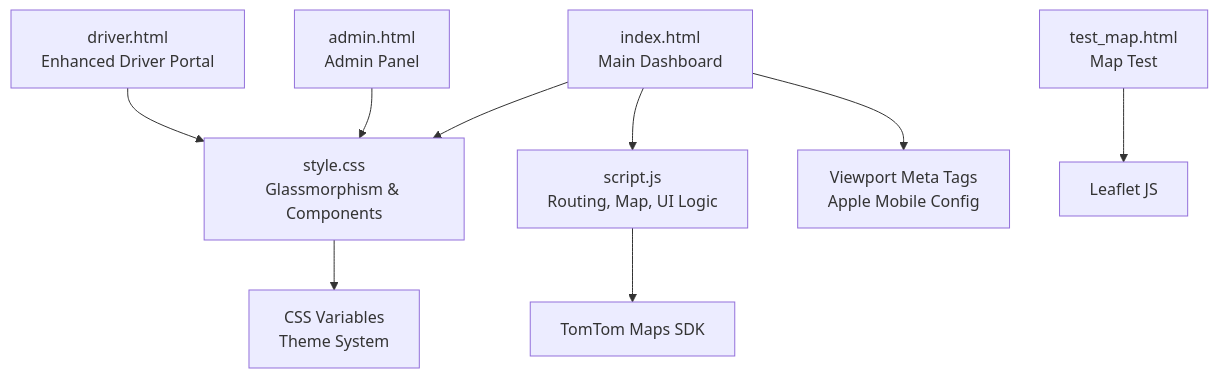
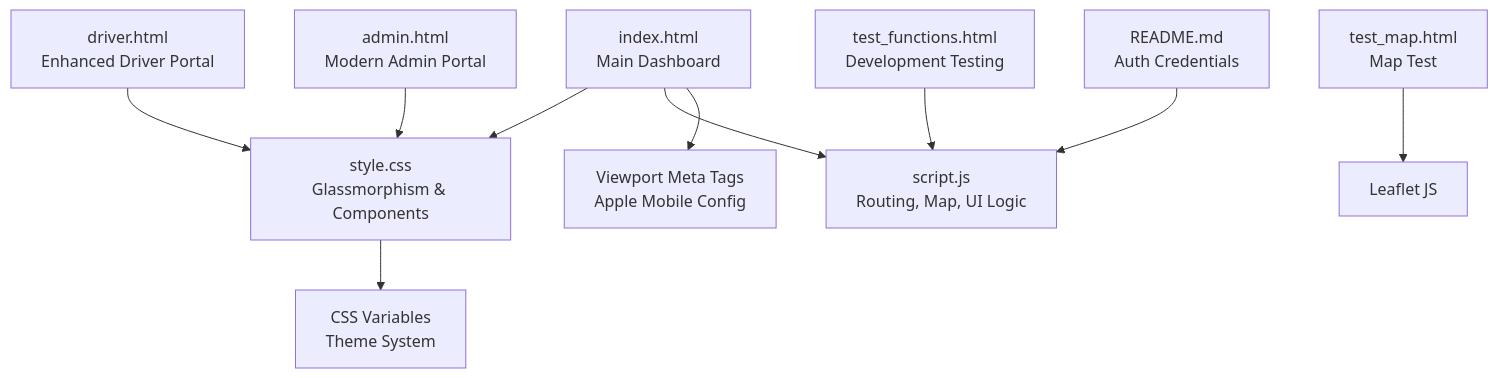
One commit to Rehanpatel3858/BusTrack-Pro changed the first of 7 diagrams in .qoder/repowiki/en/content/User Interface and Design System.md. Above: the diagram before and after it, drawn with Mermaid. The commit also changed other lines of this file and 3 other files, not shown here.

````diff
--- a/.qoder/repowiki/en/content/User Interface and Design System.md
+++ b/.qoder/repowiki/en/content/User Interface and Design System.md
@@ -46,11 +51,12 @@
 ```mermaid
 graph TB
 A["index.html<br/>Main Dashboard"] --> B["style.css<br/>Glassmorphism & Components"]
 A --> C["script.js<br/>Routing, Map, UI Logic"]
 D["driver.html<br/>Enhanced Driver Portal"] --> B
-E["admin.html<br/>Admin Panel"] --> B
+E["admin.html<br/>Modern Admin Portal"] --> B
 F["test_map.html<br/>Map Test"] --> G["Leaflet JS"]
-C --> H["TomTom Maps SDK"]
+H["test_functions.html<br/>Development Testing"] --> C
 B --> I["CSS Variables<br/>Theme System"]
 A --> J["Viewport Meta Tags<br/>Apple Mobile Config"]
+K["README.md<br/>Auth Credentials"] --> C
 ```
````
